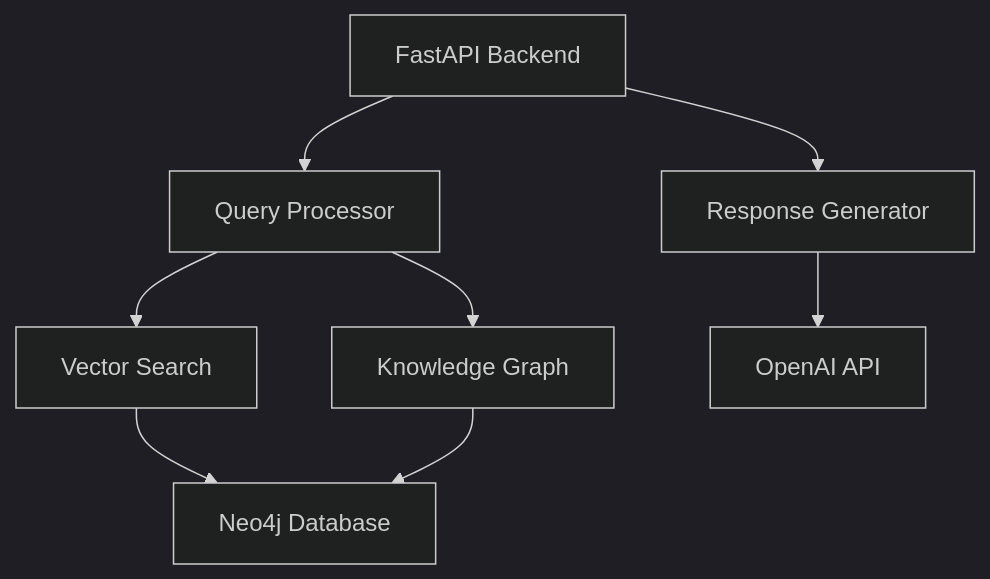
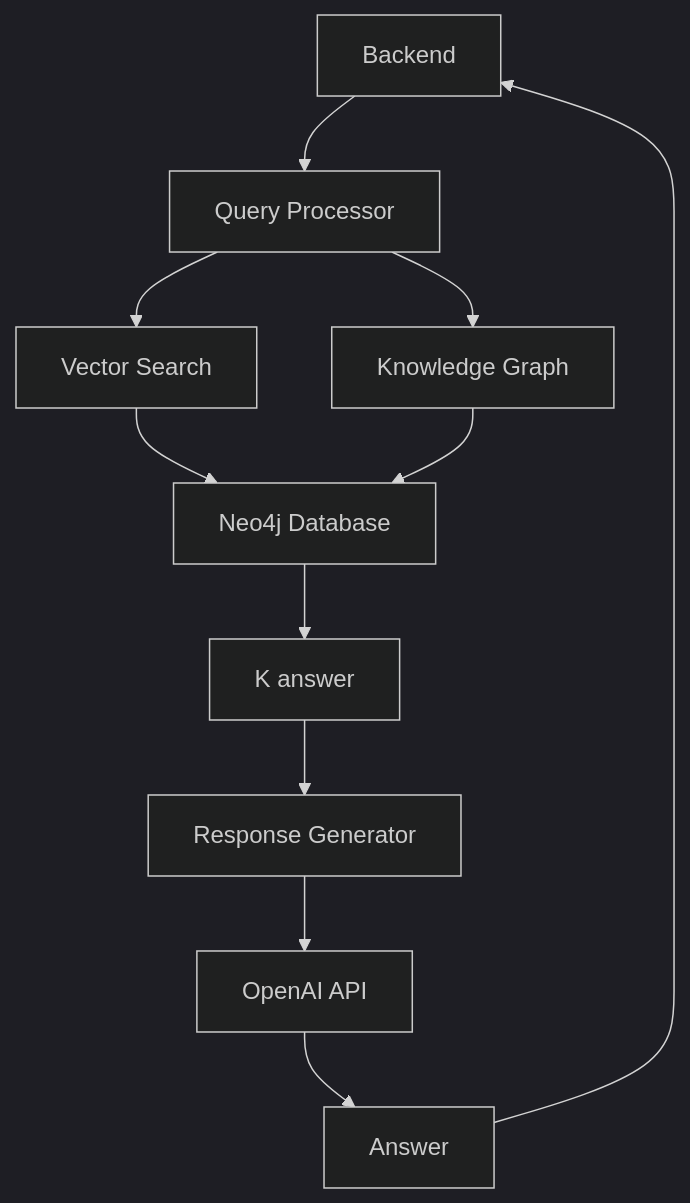
The third of 3 diagrams in readme.md (Nguyenkiettuan1/khoaluantotnghiep), drawn with Mermaid (dark theme) before and after one commit.

````diff
--- a/readme.md
+++ b/readme.md
@@ -161,10 +161,13 @@
 ```mermaid
 graph TD
-    A[FastAPI Backend] --> B[Query Processor]
+    A[Backend] --> B[Query Processor]
     B --> C[Vector Search]
     B --> D[Knowledge Graph]
     C --> E[Neo4j Database]
     D --> E
-    A --> F[Response Generator]
     F --> G[OpenAI API]
+    E --> K[K answer]
+    K --> F[Response Generator]
+    G --> P[Answer]
+    P --> A
 ```
````
